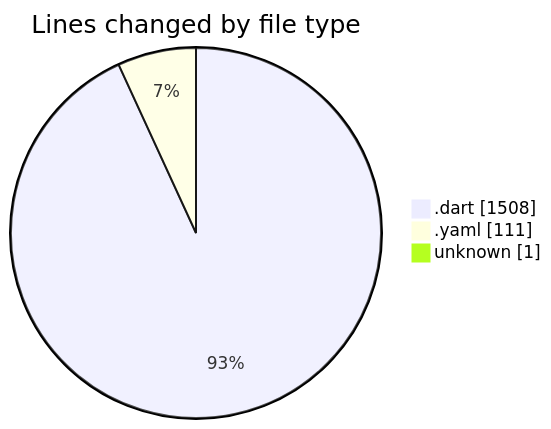
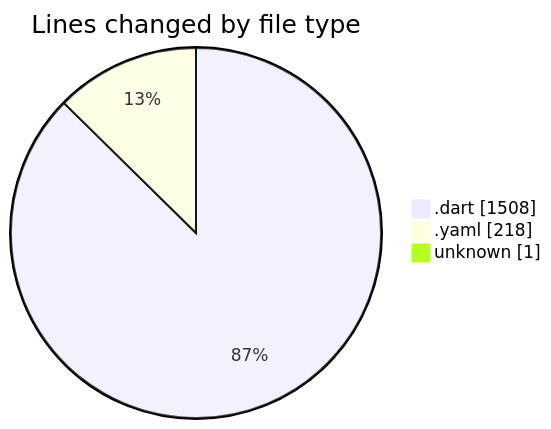
Before and after one commit to donsfak/code-tracking: the first of 2 diagrams in 2025-03-08/uber_clone/README.md, drawn with Mermaid. The commit also changed other lines of this file and 1 other file, not shown here.

````diff
--- a/2025-03-08/uber_clone/README.md
+++ b/2025-03-08/uber_clone/README.md
@@ -24,7 +24,7 @@
 ```mermaid
 pie showData
 title Lines changed by file type
 ".dart" : 1508
-".yaml" : 111
+".yaml" : 218
 "unknown" : 1
 ```
````
